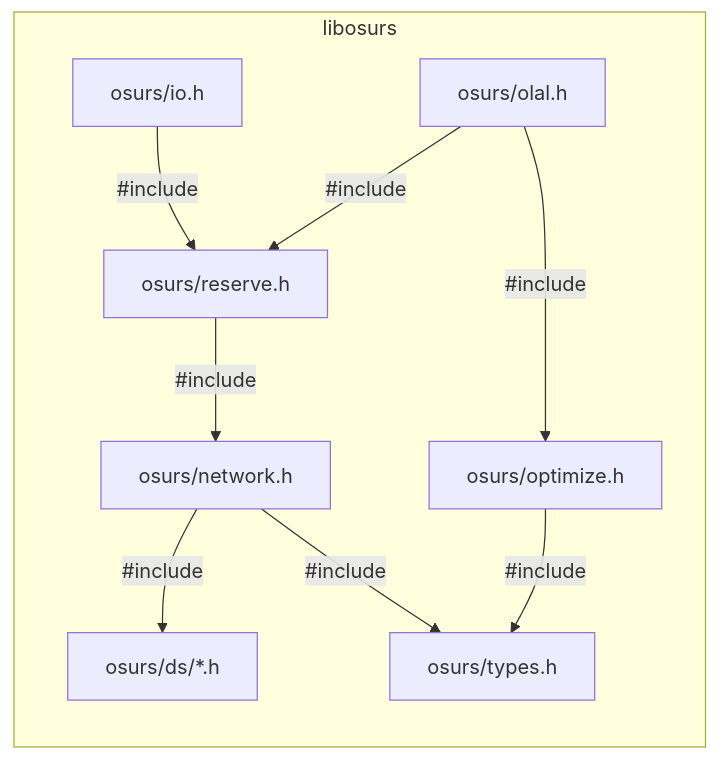
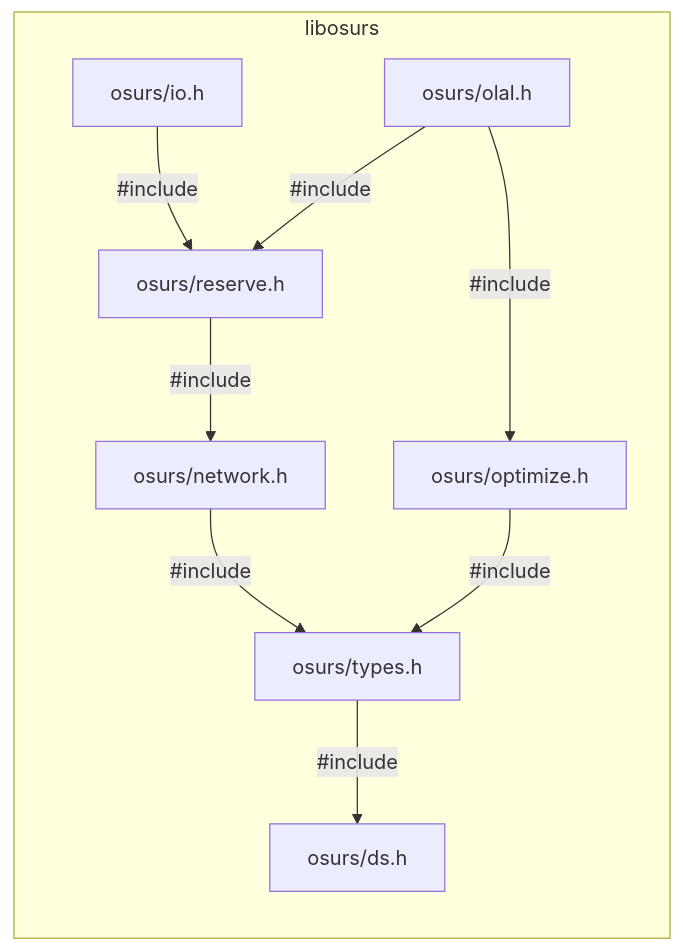
One commit to maptic/osurs changed the first of 6 diagrams in README.md. Above: the diagram before and after it, drawn with Mermaid. The commit also changed 2 other files, not shown here.

Commit message:
Add separate header for data structures.

````diff
--- a/README.md
+++ b/README.md
@@ -20,12 +20,12 @@
 ```mermaid
 graph RL;
   subgraph libosurs;
-    osurs/network.h-->|#include|osurs/ds/*.h;
+    osurs/types.h-->|#include|osurs/ds.h;
     osurs/network.h-->|#include|osurs/types.h;
     osurs/reserve.h-->|#include|osurs/network.h;
     osurs/io.h-->|#include|osurs/reserve.h
     osurs/optimize.h-->|#include|osurs/types.h;
     osurs/olal.h-->|#include|osurs/reserve.h;
     osurs/olal.h-->|#include|osurs/optimize.h;
   end;
 ```
````
